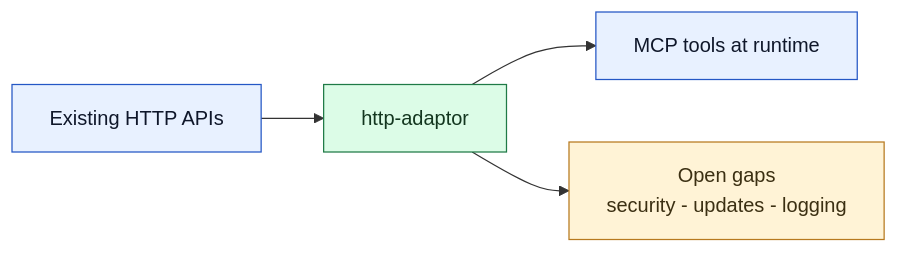
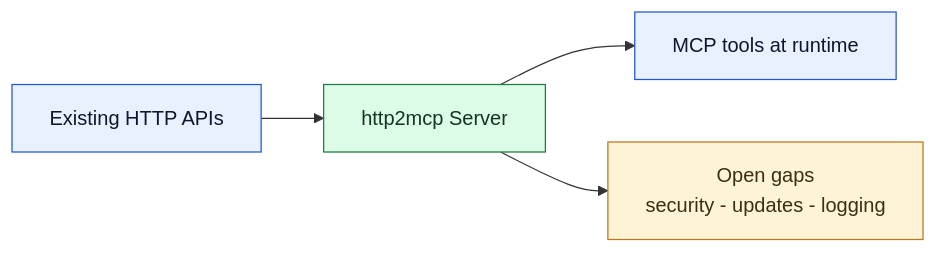
One commit to xbhel/mcp-lab changed the diagram in docs/draft.md. Above: the diagram before and after it, drawn with Mermaid. The commit also changed other lines of this file and 31 other files, not shown here.

First line of the commit message:
refactor(http2mcp)#4282026: rename package, fix tests and lint, align docs

````diff
--- a/docs/draft.md
+++ b/docs/draft.md
@@ -52,18 +52,18 @@
 ```mermaid
 flowchart LR
     source[Existing HTTP APIs]
-    adaptor[http-adaptor]
+    adaptor[http2mcp Server]
     tools[MCP tools at runtime]
     gaps[Open gaps<br/>security - updates - logging]
 
     source --> adaptor --> tools
     adaptor --> gaps
 
     classDef edge fill:#E8F1FF,stroke:#2457C5,color:#0F172A,stroke-width:1px;
     classDef core fill:#DCFCE7,stroke:#1F7A46,color:#13361F,stroke-width:1px;
     classDef risk fill:#FFF3D6,stroke:#B7791F,color:#3B2F12,stroke-width:1px;
 
     class source,tools edge;
     class adaptor core;
     class gaps risk;
 ```
````
